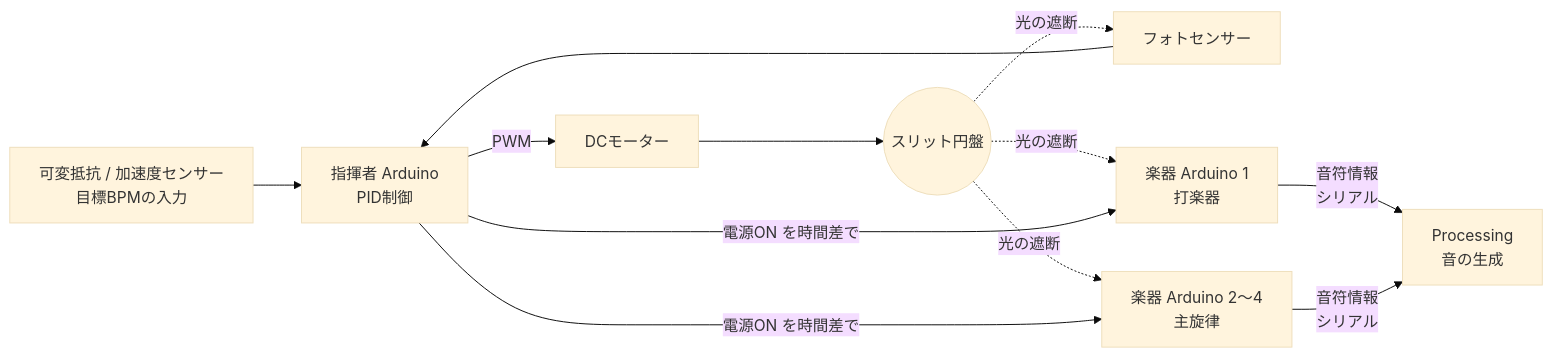
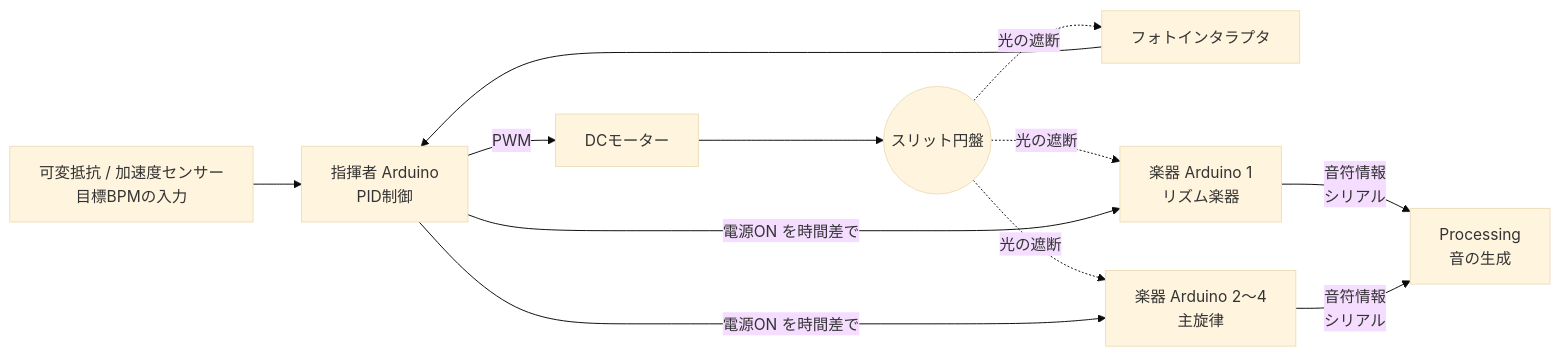
One commit to akito-W2525/HCK01_Workspace changed the diagram in README.md. Above: the diagram before and after it, drawn with Mermaid (base theme). The commit also changed other lines of this file and 4 other files, not shown here.

Commit message:
READMEに写真・CAD図・評価結果・苦労したことを追加

````diff
--- a/README.md
+++ b/README.md
@@ -20,11 +23,11 @@
 ```mermaid
 flowchart LR
     POT[可変抵抗 / 加速度センサー<br>目標BPMの入力] --> C[指揮者 Arduino<br>PID制御]
     C -->|PWM| M[DCモーター]
     M --> D((スリット円盤))
-    D -.光の遮断.-> S0[フォトセンサー] --> C
-    D -.光の遮断.-> S1[楽器 Arduino 1<br>打楽器]
+    D -.光の遮断.-> S0[フォトインタラプタ] --> C
+    D -.光の遮断.-> S1[楽器 Arduino 1<br>リズム楽器]
     D -.光の遮断.-> S2[楽器 Arduino 2〜4<br>主旋律]
     C -->|電源ON を時間差で| S1 & S2
     S1 & S2 -->|音符情報<br>シリアル| P[Processing<br>音の生成]
 ```
````
